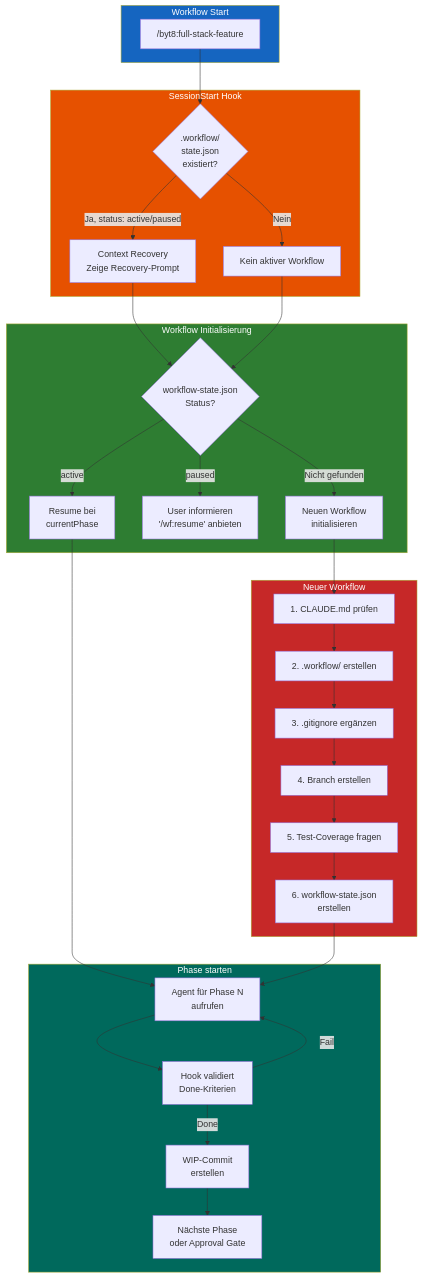
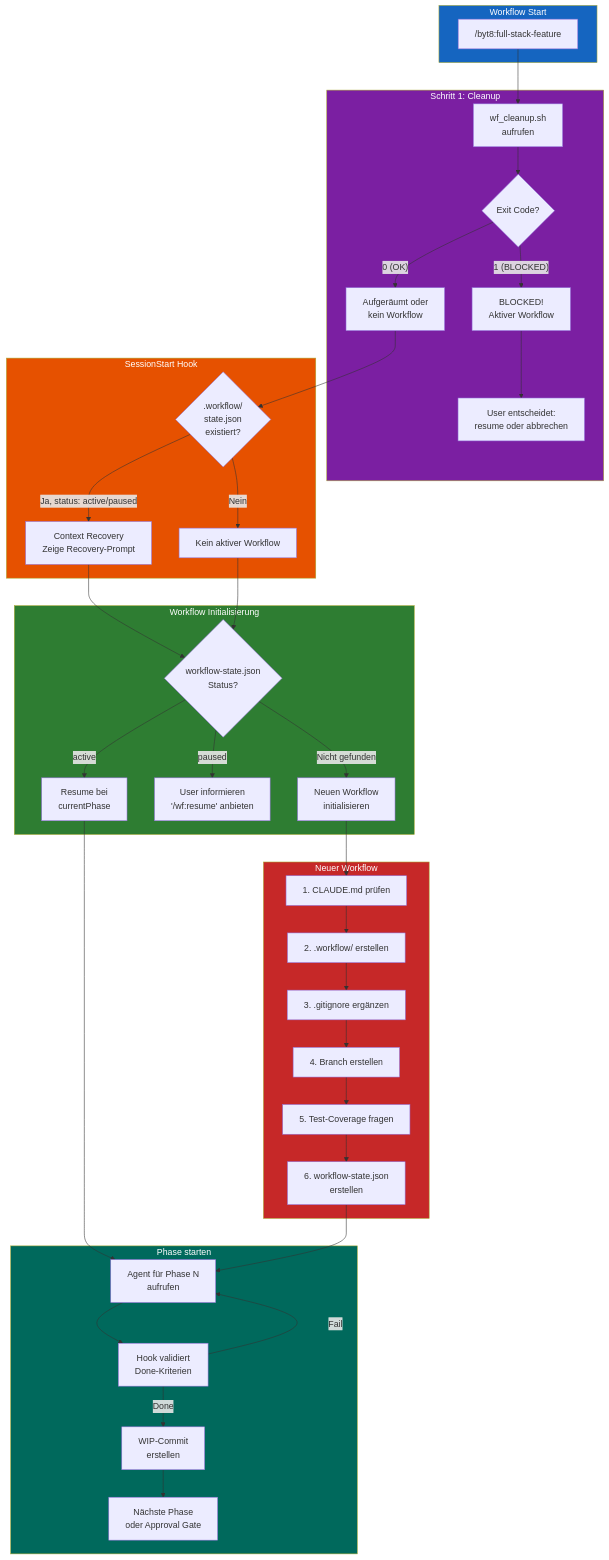
Before and after one commit to byteAgenten/byteagenten-marketplace: the diagram in plugins/byt8/README.md, drawn with Mermaid. The commit also changed other lines of this file and 3 other files, not shown here.

````diff
--- a/plugins/byt8/README.md
+++ b/plugins/byt8/README.md
@@ -185,58 +185,72 @@
 ```mermaid
 flowchart TD
     subgraph TRIGGER["Workflow Start"]
         A["/byt8:full-stack-feature"]
+    end
+
+    subgraph CLEANUP["Schritt 1: Cleanup"]
+        A1["wf_cleanup.sh<br/>aufrufen"]
+        A2{"Exit Code?"}
+        A3["Aufgeräumt oder<br/>kein Workflow"]
+        A4["BLOCKED!<br/>Aktiver Workflow"]
+        A5["User entscheidet:<br/>resume oder abbrechen"]
     end
 
     subgraph SESSION["SessionStart Hook"]
         B{".workflow/<br/>state.json<br/>existiert?"}
         C["Context Recovery<br/>Zeige Recovery-Prompt"]
         D["Kein aktiver Workflow"]
     end
 
     subgraph INIT["Workflow Initialisierung"]
         H{"workflow-state.json<br/>Status?"}
         I["Resume bei<br/>currentPhase"]
         J["User informieren<br/>'/wf:resume' anbieten"]
         K["Neuen Workflow<br/>initialisieren"]
     end
 
     subgraph NEW_WF["Neuer Workflow"]
         L["1. CLAUDE.md prüfen"]
         M["2. .workflow/ erstellen"]
         N["3. .gitignore ergänzen"]
         O["4. Branch erstellen"]
         P["5. Test-Coverage fragen"]
         Q["6. workflow-state.json<br/>erstellen"]
     end
 
     subgraph PHASE["Phase starten"]
         R["Agent für Phase N<br/>aufrufen"]
         S["Hook validiert<br/>Done-Kriterien"]
         T["WIP-Commit<br/>erstellen"]
         U["Nächste Phase<br/>oder Approval Gate"]
     end
 
-    A --> B
+    A --> A1
+    A1 --> A2
+    A2 -->|"0 (OK)"| A3
+    A2 -->|"1 (BLOCKED)"| A4
+    A4 --> A5
+    A3 --> B
     B -->|Ja, status: active/paused| C
     B -->|Nein| D
     C --> H
     D --> H
     H -->|"active"| I
     H -->|"paused"| J
     H -->|Nicht gefunden| K
     I --> R
     K --> L
     L --> M --> N --> O --> P --> Q
     Q --> R
     R --> S
     S -->|"Done"| T
     T --> U
     S -->|"Fail"| R
 
     style TRIGGER fill:#1565c0,color:#fff
+    style CLEANUP fill:#7b1fa2,color:#fff
     style SESSION fill:#e65100,color:#fff
     style INIT fill:#2e7d32,color:#fff
     style NEW_WF fill:#c62828,color:#fff
     style PHASE fill:#00695c,color:#fff
 ```
````
